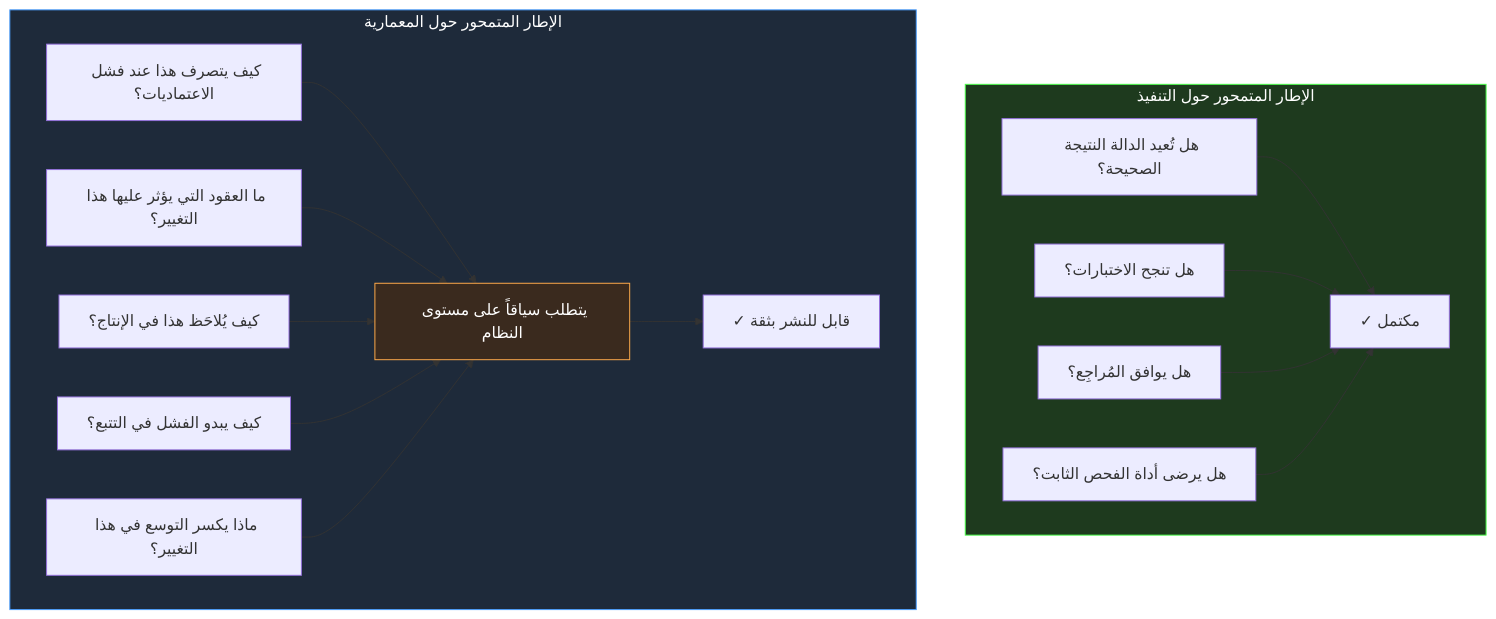
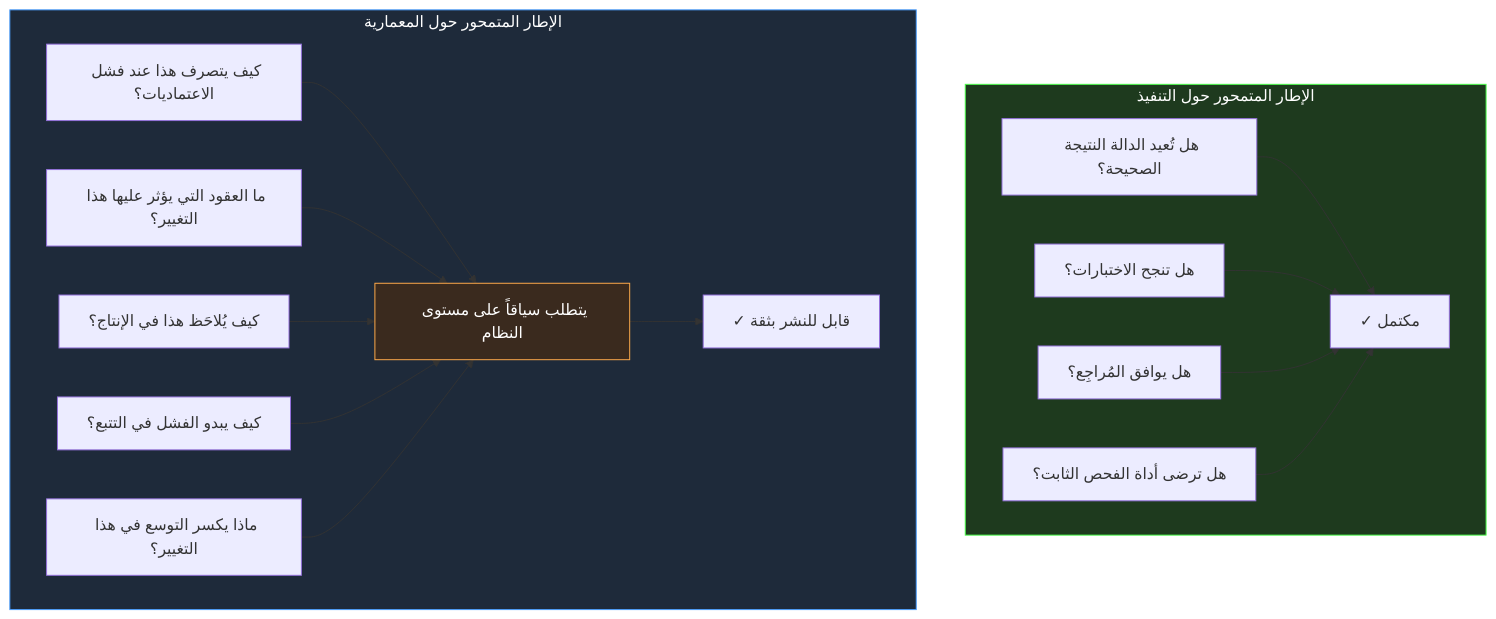
Before and after one commit to TarekNajem04/AI-Assisted-Professional-Engineering-with-.NET: the diagram in book/chapters/Chapter-01/sections/section-03.ar.md, drawn with Mermaid. The commit also changed other lines of this file and 3 other files, not shown here.

````diff
--- a/book/chapters/Chapter-01/sections/section-03.ar.md
+++ b/book/chapters/Chapter-01/sections/section-03.ar.md
@@ -25,31 +25,31 @@
 ```mermaid id="diagram-01-04"
 graph TD
     subgraph IMPL ["الإطار المتمحور حول التنفيذ"]
         I1["هل تُعيد الدالة النتيجة الصحيحة؟"]
         I2["هل تنجح الاختبارات؟"]
         I3["هل يوافق المُراجِع؟"]
-        I4["هل يرضى أداة الفحص الثابت؟"]
+        I4["هل ترضى أداة الفحص الثابت؟"]
         I1 --> IDONE["✓ مكتمل"]
         I2 --> IDONE
         I3 --> IDONE
         I4 --> IDONE
     end
 
     subgraph ARCH ["الإطار المتمحور حول المعمارية"]
         A1["كيف يتصرف هذا عند فشل الاعتماديات؟"]
         A2["ما العقود التي يؤثر عليها هذا التغيير؟"]
         A3["كيف يُلاحَظ هذا في الإنتاج؟"]
         A4["كيف يبدو الفشل في التتبع؟"]
         A5["ماذا يكسر التوسع في هذا التغيير؟"]
         A1 --> ACHECK["يتطلب سياقاً على مستوى النظام"]
         A2 --> ACHECK
         A3 --> ACHECK
         A4 --> ACHECK
         A5 --> ACHECK
         ACHECK --> ADONE["✓ قابل للنشر بثقة"]
     end
 
     style IMPL fill:#1e3a1e,stroke:#4aff4a,color:#fff
     style ARCH fill:#1e2a3a,stroke:#4a9eff,color:#fff
     style ACHECK fill:#3a2a1e,stroke:#ffaa4a,color:#fff
 ```
````
